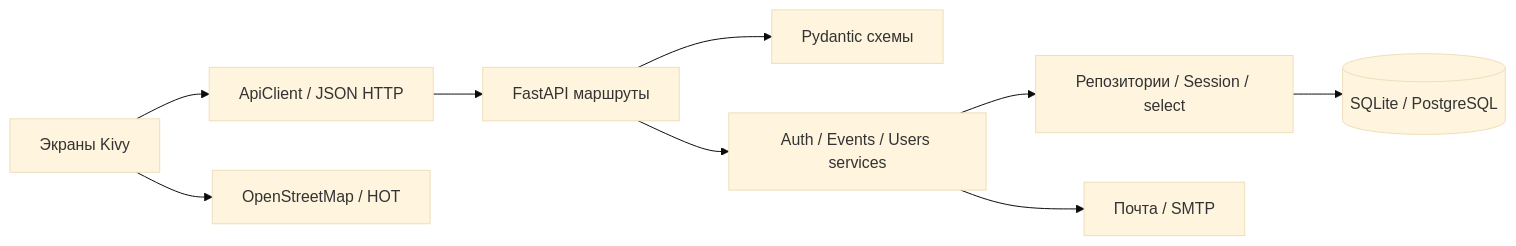
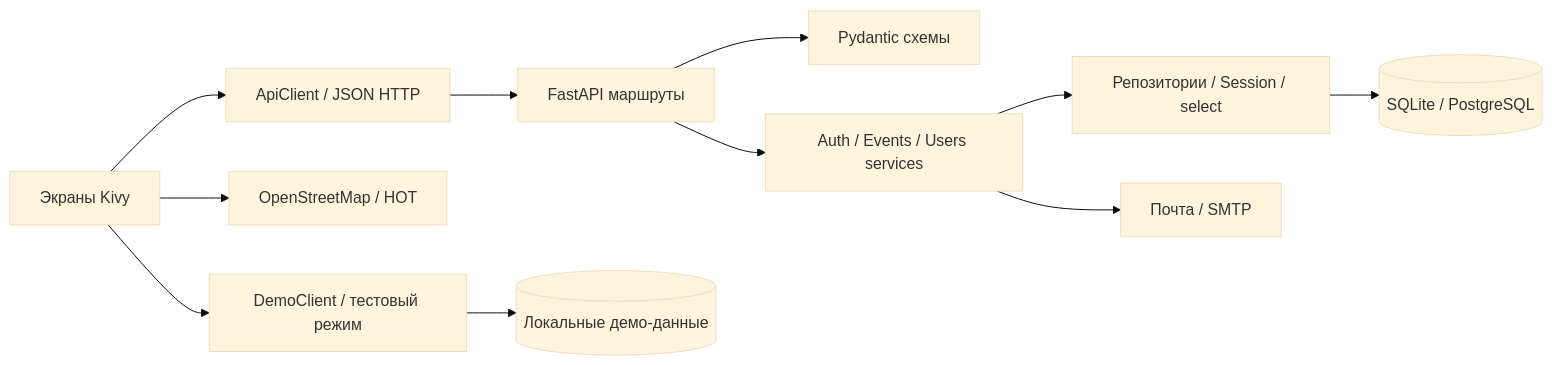
Before and after one commit to dhdhsbdbd132-sys/ssdsad: the first of 2 diagrams in docs/ARCHITECTURE.md, drawn with Mermaid (base theme). The commit also changed other lines of this file and 17 other files, not shown here.

````diff
--- a/docs/ARCHITECTURE.md
+++ b/docs/ARCHITECTURE.md
@@ -5,11 +5,13 @@
 ```mermaid
 flowchart LR
     UI[Экраны Kivy] --> HTTP[ApiClient / JSON HTTP]
     HTTP --> Routes[FastAPI маршруты]
     Routes --> Schemas[Pydantic схемы]
     Routes --> Services[Auth / Events / Users services]
     Services --> Repos[Репозитории / Session / select]
     Repos --> DB[(SQLite / PostgreSQL)]
     Services --> Mail[Почта / SMTP]
     UI --> Map[OpenStreetMap / HOT]
+    UI --> Demo[DemoClient / тестовый режим]
+    Demo --> Local[(Локальные демо-данные)]
 ```
````
